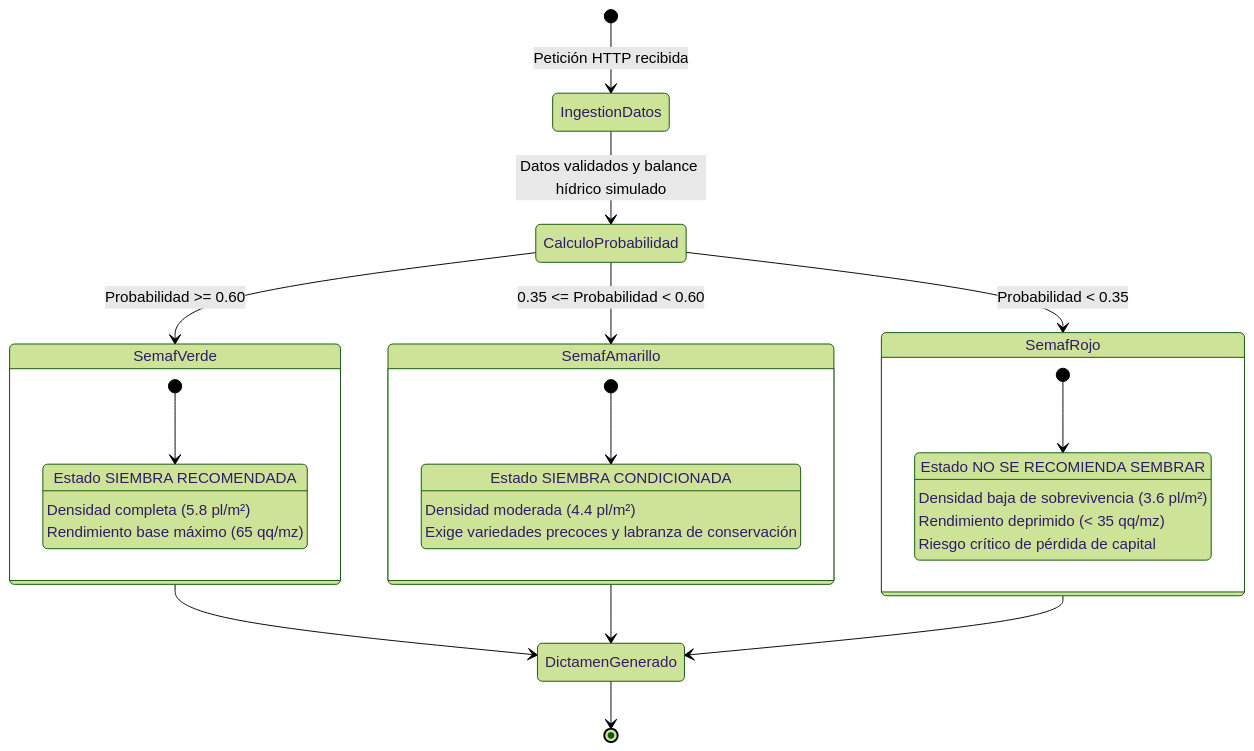
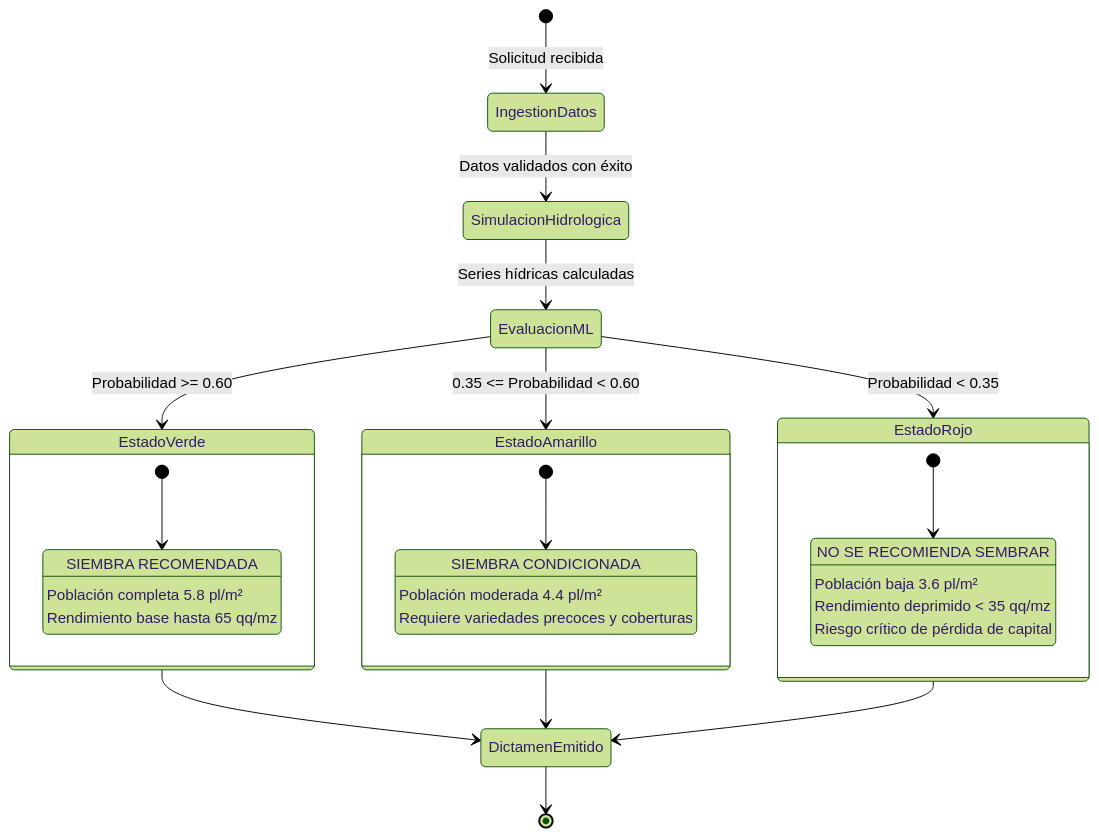
Before and after one commit to GimenaMP/analizador: the fifth of 8 diagrams in ARQUITECTURA_Y_DISENO_SISTEMA.md, drawn with Mermaid (forest theme). The commit also changed other lines of this file, not shown here.

Commit message:
docs: compilar seccion 1 de Instrumentos Utilizados y Diseno del Sistema con estructura formal 1.1 a 1.12

````diff
--- a/ARQUITECTURA_Y_DISENO_SISTEMA.md
+++ b/ARQUITECTURA_Y_DISENO_SISTEMA.md
@@ -363,36 +433,37 @@
 ```mermaid
 stateDiagram-v2
-    [*] --> IngestionDatos: Petición HTTP recibida
-    IngestionDatos --> CalculoProbabilidad: Datos validados y balance hídrico simulado
+    [*] --> IngestionDatos: Solicitud recibida
+    IngestionDatos --> SimulacionHidrologica: Datos validados con éxito
+    SimulacionHidrologica --> EvaluacionML: Series hídricas calculadas
     
-    CalculoProbabilidad --> SemafVerde: Probabilidad >= 0.60
-    CalculoProbabilidad --> SemafAmarillo: 0.35 <= Probabilidad < 0.60
-    CalculoProbabilidad --> SemafRojo: Probabilidad < 0.35
+    EvaluacionML --> EstadoVerde: Probabilidad >= 0.60
+    EvaluacionML --> EstadoAmarillo: 0.35 <= Probabilidad < 0.60
+    EvaluacionML --> EstadoRojo: Probabilidad < 0.35
 
-    state SemafVerde {
-        [*] --> Optimo
-        Optimo: Estado SIEMBRA RECOMENDADA
-        Optimo: Densidad completa (5.8 pl/m²)
-        Optimo: Rendimiento base máximo (65 qq/mz)
+    state EstadoVerde {
+        [*] --> Recomendado
+        Recomendado: SIEMBRA RECOMENDADA
+        Recomendado: Población completa 5.8 pl/m²
+        Recomendado: Rendimiento base hasta 65 qq/mz
     }
 
-    state SemafAmarillo {
-        [*] --> Alerta
-        Alerta: Estado SIEMBRA CONDICIONADA
-        Alerta: Densidad moderada (4.4 pl/m²)
-        Alerta: Exige variedades precoces y labranza de conservación
+    state EstadoAmarillo {
+        [*] --> Condicionado
+        Condicionado: SIEMBRA CONDICIONADA
+        Condicionado: Población moderada 4.4 pl/m²
+        Condicionado: Requiere variedades precoces y coberturas
     }
 
-    state SemafRojo {
-        [*] --> AltoRiesgo
-        AltoRiesgo: Estado NO SE RECOMIENDA SEMBRAR
-        AltoRiesgo: Densidad baja de sobrevivencia (3.6 pl/m²)
-        AltoRiesgo: Rendimiento deprimido (< 35 qq/mz)
-        AltoRiesgo: Riesgo crítico de pérdida de capital
+    state EstadoRojo {
+        [*] --> NoSembrar
+        NoSembrar: NO SE RECOMIENDA SEMBRAR
+        NoSembrar: Población baja 3.6 pl/m²
+        NoSembrar: Rendimiento deprimido < 35 qq/mz
+        NoSembrar: Riesgo crítico de pérdida de capital
     }
 
-    SemafVerde --> DictamenGenerado
-    SemafAmarillo --> DictamenGenerado
-    SemafRojo --> DictamenGenerado
-    DictamenGenerado --> [*]
+    EstadoVerde --> DictamenEmitido
+    EstadoAmarillo --> DictamenEmitido
+    EstadoRojo --> DictamenEmitido
+    DictamenEmitido --> [*]
 ```
````
